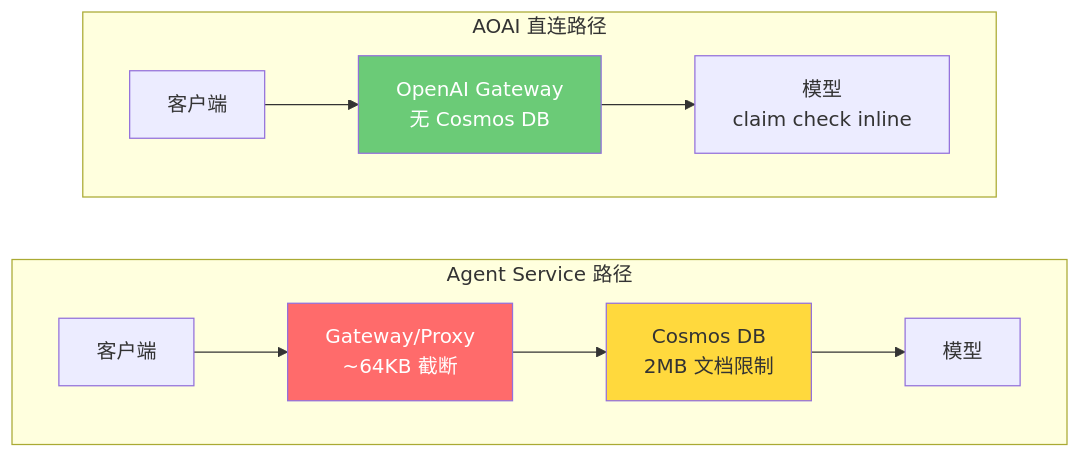
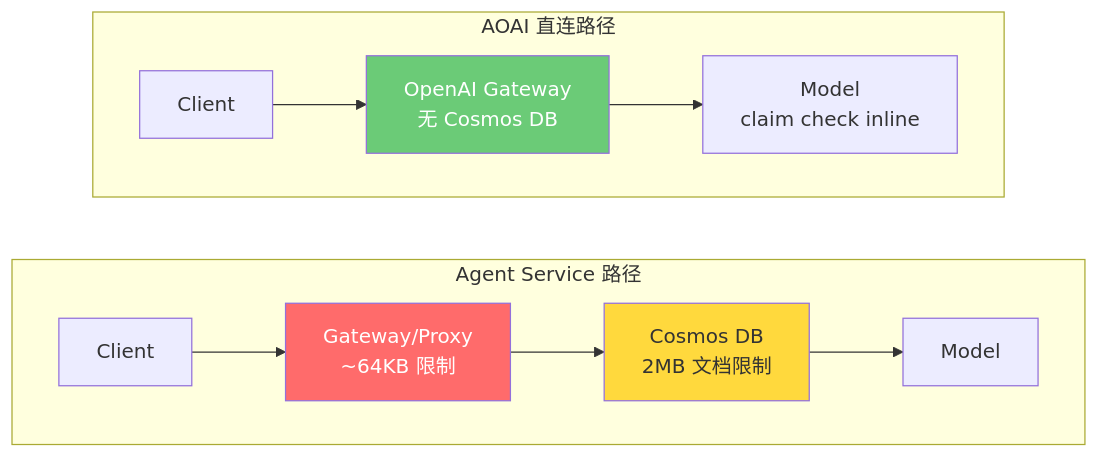
Before and after one commit to david-xinyuwei/david-share: the diagram in Agents/Foundry-Agent-Service-Image-Size-Limit/README-CN.md, drawn with Mermaid. The commit also changed other lines of this file and 3 other files, not shown here.

````diff
--- a/Agents/Foundry-Agent-Service-Image-Size-Limit/README-CN.md
+++ b/Agents/Foundry-Agent-Service-Image-Size-Limit/README-CN.md
@@ -39,18 +22,18 @@
 ```mermaid
 flowchart LR
     subgraph AgentPath["Agent Service 路径"]
         direction LR
-        C1[客户端] --> GW["Gateway/Proxy<br/>~64KB 截断"]
-        GW --> CDB["Cosmos DB<br/>2MB 文档限制"]
-        CDB --> M1[模型]
+        C1[Client] --> GW["Gateway/Proxy<br>~64KB 限制"]
+        GW --> CDB["Cosmos DB<br>2MB 文档限制"]
+        CDB --> M1[Model]
     end
     subgraph DirectPath["AOAI 直连路径"]
         direction LR
-        C2[客户端] --> OGW["OpenAI Gateway<br/>无 Cosmos DB"]
-        OGW --> M2["模型<br/>claim check inline"]
+        C2[Client] --> OGW["OpenAI Gateway<br>无 Cosmos DB"]
+        OGW --> M2["Model<br>claim check inline"]
     end
 
     style GW fill:#ff6b6b,color:#fff
     style CDB fill:#ffd93d,color:#333
     style OGW fill:#6bcb77,color:#fff
 ```
````
